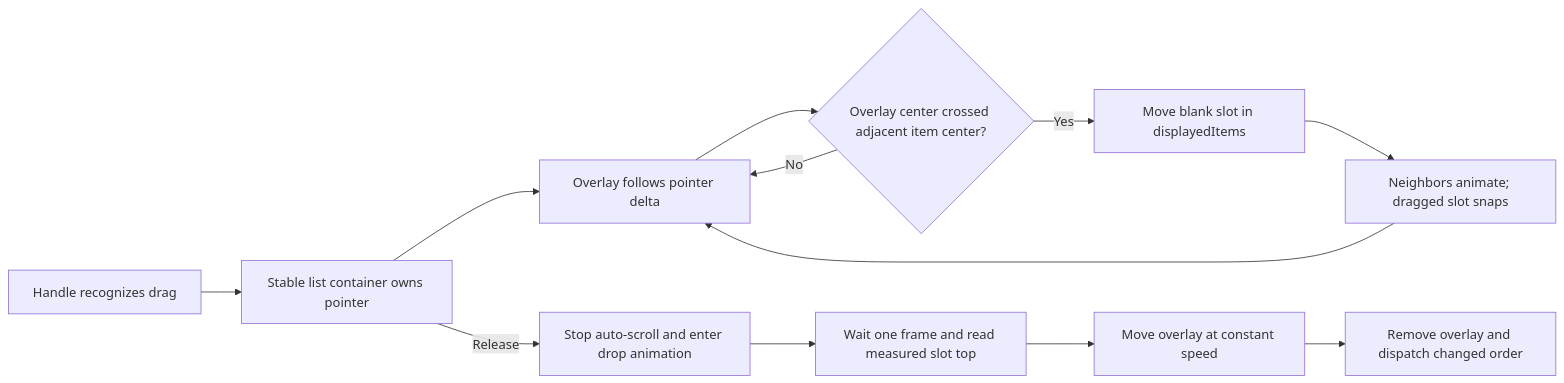
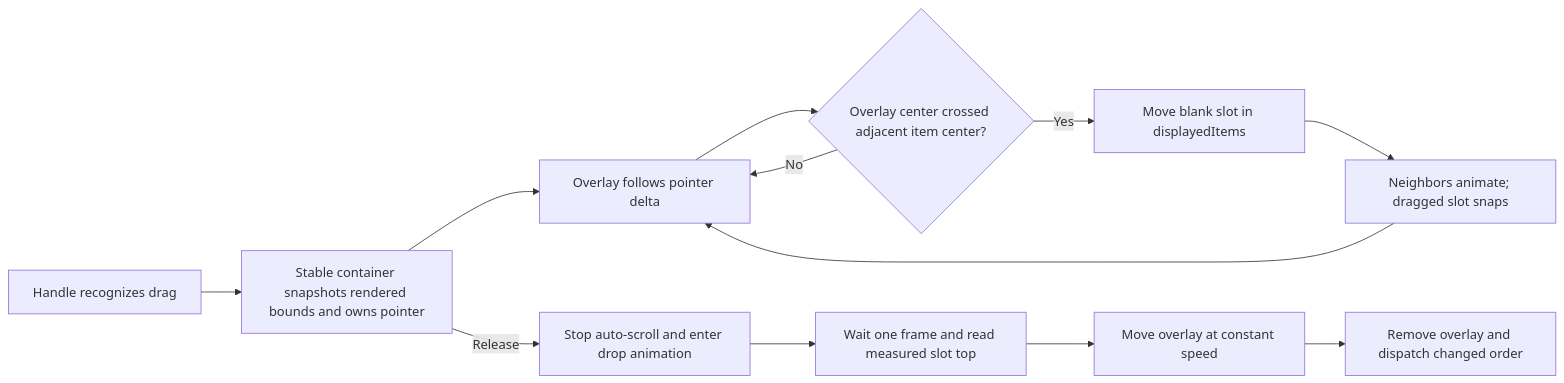
The diagram in docs/reorderable-lazy-column.md (RobertGasparian/RoutineHelper), drawn with Mermaid before and after one commit. The commit also changed other lines of this file and 22 other files, not shown here.

````diff
--- a/docs/reorderable-lazy-column.md
+++ b/docs/reorderable-lazy-column.md
@@ -88,14 +89,14 @@
 ```mermaid
 flowchart LR
-    A["Handle recognizes drag"] --> B["Stable list container owns pointer"]
+    A["Handle recognizes drag"] --> B["Stable container snapshots rendered bounds and owns pointer"]
     B --> C["Overlay follows pointer delta"]
     C --> D{"Overlay center crossed adjacent item center?"}
     D -->|No| C
     D -->|Yes| E["Move blank slot in displayedItems"]
     E --> F["Neighbors animate; dragged slot snaps"]
     F --> C
     B -->|Release| G["Stop auto-scroll and enter drop animation"]
     G --> H["Wait one frame and read measured slot top"]
     H --> I["Move overlay at constant speed"]
     I --> J["Remove overlay and dispatch changed order"]
 ```
````
